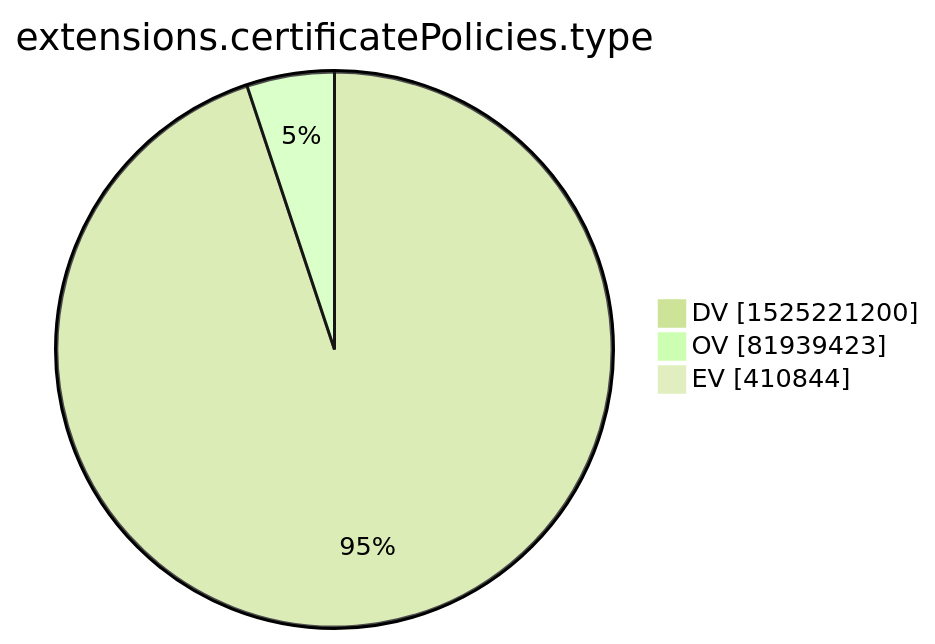
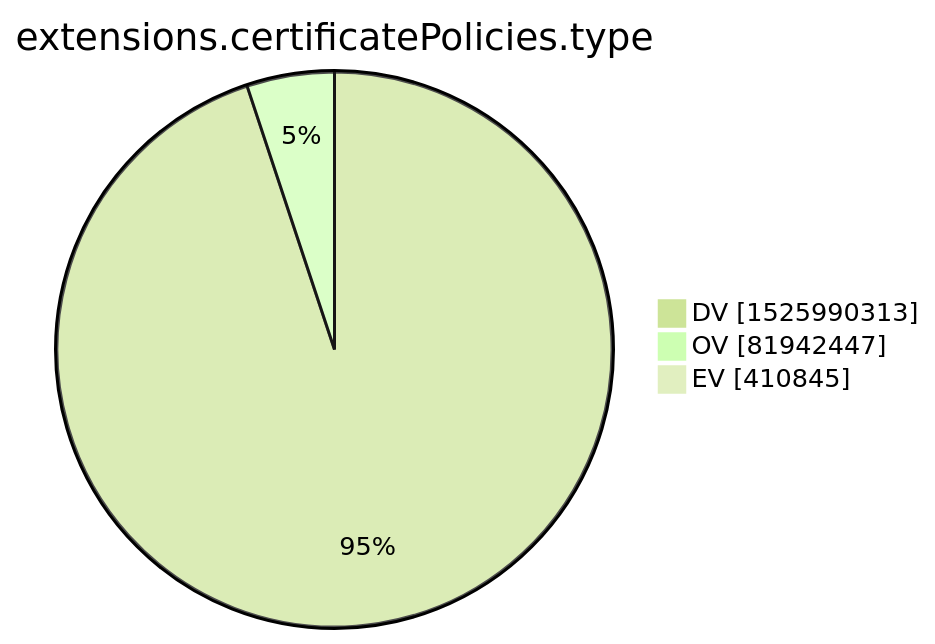
One commit to christiankrug/ctmonitor_visualization changed the tenth of 15 diagrams in xenon2022/README.md. Above: the diagram before and after it, drawn with Mermaid (forest theme). The commit also changed other lines of this file, not shown here.

````diff
--- a/xenon2022/README.md
+++ b/xenon2022/README.md
@@ -2875,7 +2875,7 @@
 ```mermaid
 pie showData
 title extensions.certificatePolicies.type
-"DV" :1525221200
-"OV" :81939423
-"EV" :410844
+"DV" :1525990313
+"OV" :81942447
+"EV" :410845
 ```
````
